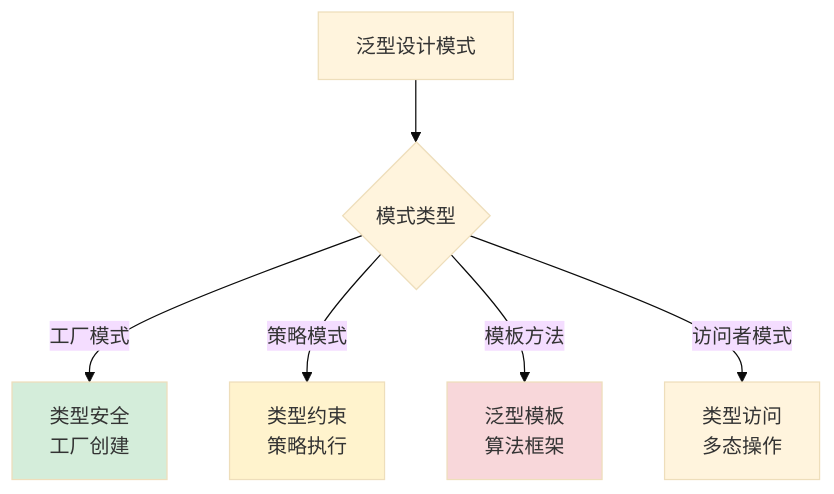
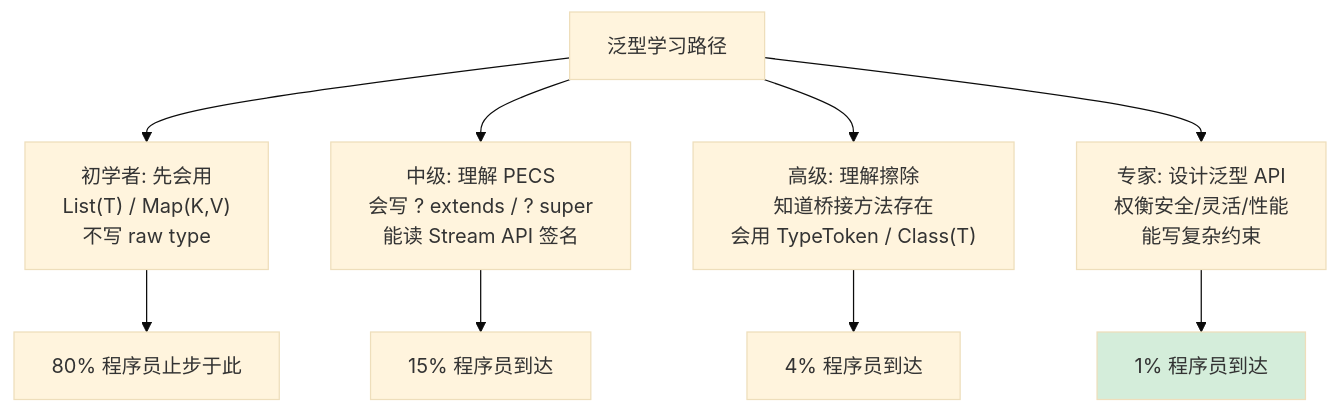
Before and after one commit to chongyang211/YCBookBlog: diagram 28 of 28 in 00.通用技术的提升/02.程序编程原理/04.泛型设计灵魂思想.md, drawn with Mermaid (base theme). The commit also changed other lines of this file and 6 other files, not shown here.

````diff
--- a/00.通用技术的提升/02.程序编程原理/04.泛型设计灵魂思想.md
+++ b/00.通用技术的提升/02.程序编程原理/04.泛型设计灵魂思想.md
@@ -1593,12 +2743,14 @@
 ```mermaid
-graph TB
-    A[泛型设计模式] --> B{模式类型}
-    B -->|工厂模式| C[类型安全<br/>工厂创建]
-    B -->|策略模式| D[类型约束<br/>策略执行]
-    B -->|模板方法| E[泛型模板<br/>算法框架]
-    B -->|访问者模式| F[类型访问<br/>多态操作]
-    
-    style C fill:#d4edda
-    style D fill:#fff3cd
-    style E fill:#f8d7da
+flowchart TD
+    A[泛型学习路径] --> B["初学者: 先会用<br/>List(T) / Map(K,V)<br/>不写 raw type"]
+    A --> C["中级: 理解 PECS<br/>会写 ? extends / ? super<br/>能读 Stream API 签名"]
+    A --> D["高级: 理解擦除<br/>知道桥接方法存在<br/>会用 TypeToken / Class(T)"]
+    A --> E["专家: 设计泛型 API<br/>权衡安全/灵活/性能<br/>能写复杂约束"]
+
+    B --> B1[80% 程序员止步于此]
+    C --> C1[15% 程序员到达]
+    D --> D1[4% 程序员到达]
+    E --> E1[1% 程序员到达]
+
+    style E1 fill:#d4edda
 ```
````
